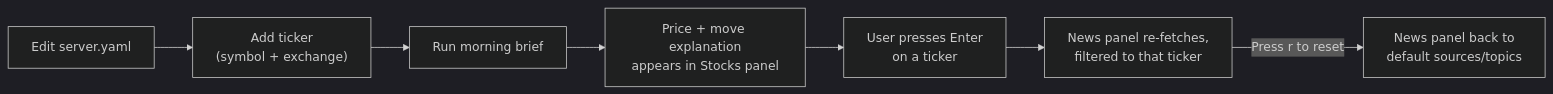
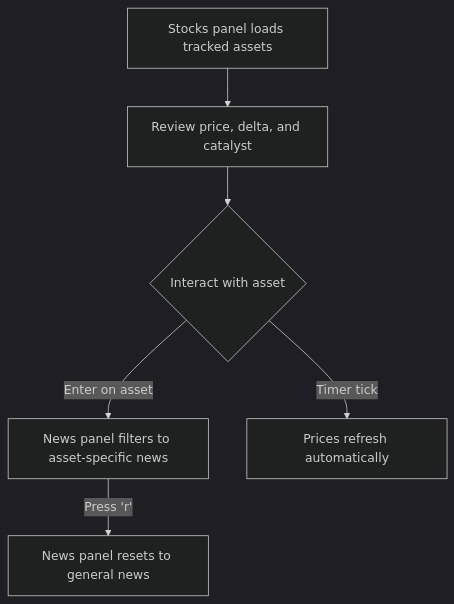
The second of 5 diagrams in docs/PRODUCT.md (toucham/morning-brief), drawn with Mermaid (dark theme) before and after one commit. The commit also changed other lines of this file and 16 other files, not shown here.

````diff
--- a/docs/PRODUCT.md
+++ b/docs/PRODUCT.md
@@ -67,9 +56,8 @@
 ```mermaid
-flowchart LR
-    A[Edit server.yaml] --> B["Add ticker<br>(symbol + exchange)"]
-    B --> C[Run morning brief]
-    C --> D[Price + move explanation<br>appears in Stocks panel]
-    D --> E["User presses Enter<br>on a ticker"]
-    E --> F["News panel re-fetches,<br>filtered to that ticker"]
-    F -->|"Press r to reset"| G["News panel back to<br>default sources/topics"]
+flowchart TD
+    A["Stocks panel loads tracked assets"] --> B["Review price, delta, and catalyst"]
+    B --> C{"Interact with asset"}
+    C -->|"Enter on asset"| D["News panel filters to asset-specific news"]
+    D -->|"Press 'r'"| E["News panel resets to general news"]
+    C -->|"Timer tick"| F["Prices refresh automatically"]
 ```
````
